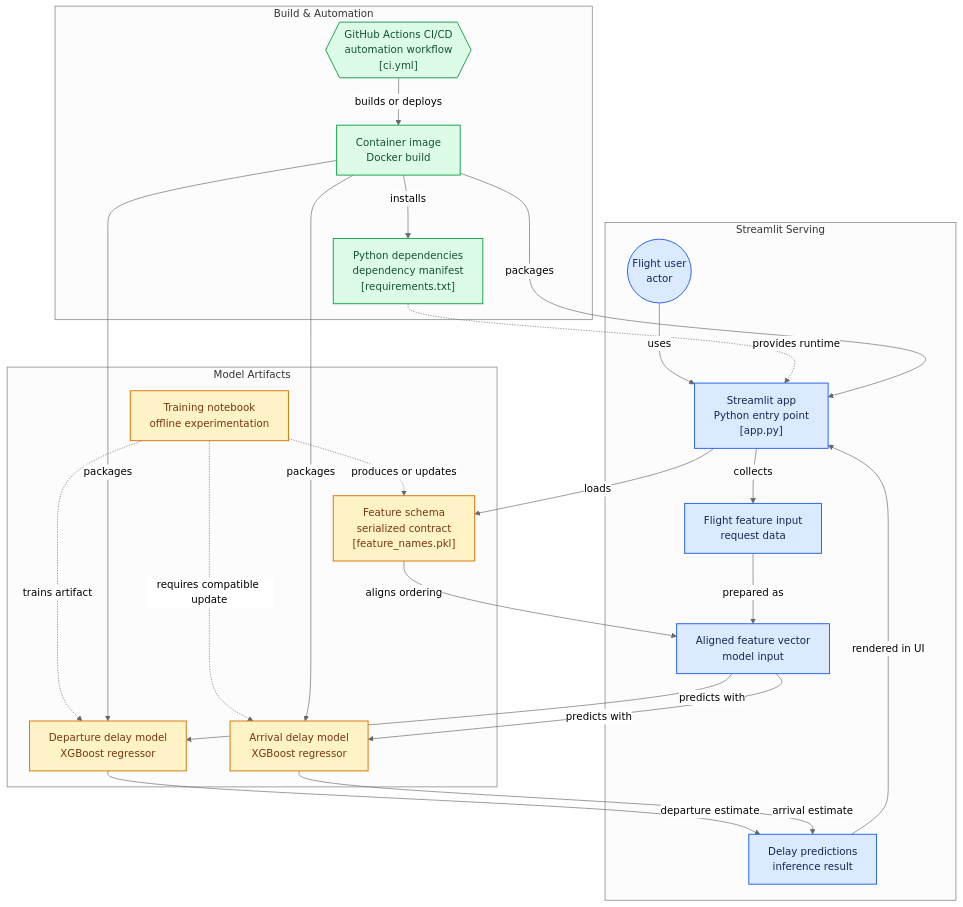
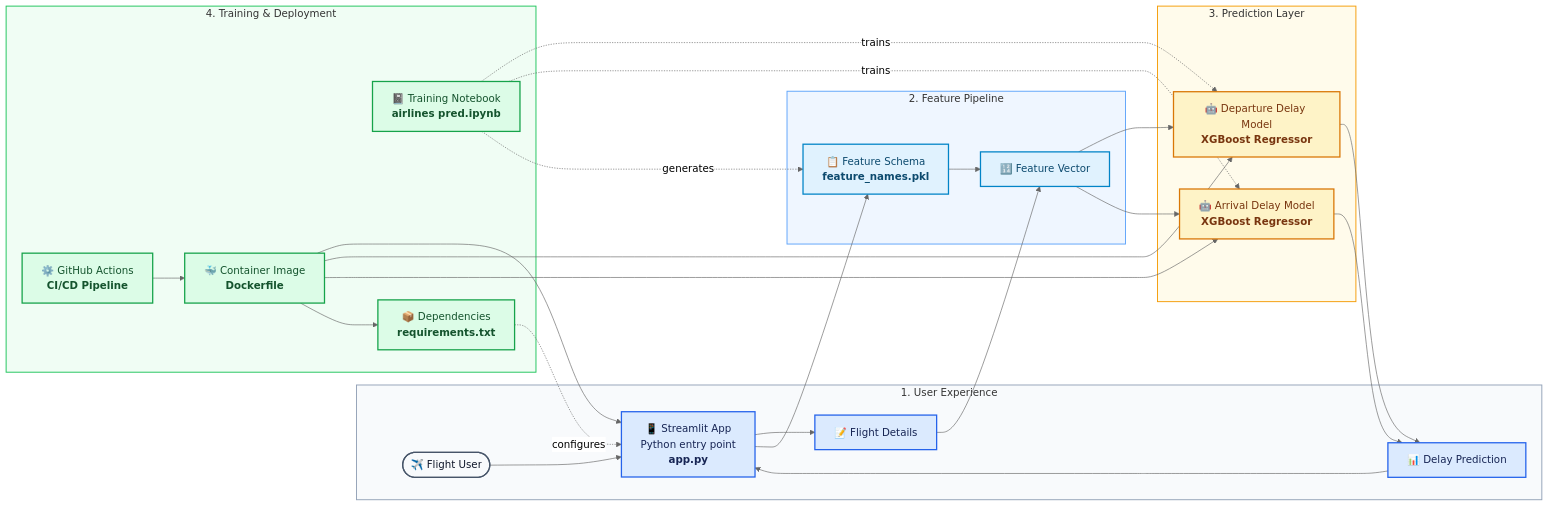
Before and after one commit to cnadupuri/Flight-Delay-Prediction: the diagram in project structure.md, drawn with Mermaid (neutral theme). The commit also changed other lines of this file, not shown here.

Commit message:
Create a polished second version of the repository architecture diagram

````diff
--- a/project structure.md
+++ b/project structure.md
@@ -3,64 +3,72 @@
 ```mermaid
-flowchart TD
+flowchart LR
 
-subgraph group_serving["Streamlit Serving"]
-  node_user(("Flight user<br/>actor"))
-  node_app["Streamlit app<br/>Python entry point<br/>[app.py]"]
-  node_input["Flight feature input<br/>request data"]
-  node_feature_vector["Aligned feature vector<br/>model input"]
-  node_predictions["Delay predictions<br/>inference result"]
-end
+    %% Layer 1: User interaction
+    subgraph UX["1. User Experience"]
+        U(["✈️ Flight User"])
+        A["📱 Streamlit App<br/>Python entry point<br/><b>app.py</b>"]
+        I["📝 Flight Details"]
+        P["📊 Delay Prediction"]
+    end
 
-subgraph group_artifacts["Model Artifacts"]
-  node_feature_schema["Feature schema<br/>serialized contract<br/>[feature_names.pkl]"]
-  node_departure_model["Departure delay model<br/>XGBoost regressor"]
-  node_arrival_model["Arrival delay model<br/>XGBoost regressor"]
-  node_notebook["Training notebook<br/>offline experimentation"]
-end
+    %% Layer 2: Feature preparation
+    subgraph FEAT["2. Feature Pipeline"]
+        F["🔢 Feature Vector"]
+        S["📋 Feature Schema<br/><b>feature_names.pkl</b>"]
+    end
 
-subgraph group_delivery["Build &amp; Automation"]
-  node_requirements["Python dependencies<br/>dependency manifest<br/>[requirements.txt]"]
-  node_dockerfile["Container image<br/>Docker build"]
-  node_ci{{"GitHub Actions CI/CD<br/>automation workflow<br/>[ci.yml]"}}
-end
+    %% Layer 3: Model inference
+    subgraph ML["3. Prediction Layer"]
+        D["🤖 Departure Delay Model<br/><b>XGBoost Regressor</b>"]
+        R["🤖 Arrival Delay Model<br/><b>XGBoost Regressor</b>"]
+    end
 
-node_user -->|"uses"| node_app
-node_app -->|"collects"| node_input
-node_input -->|"prepared as"| node_feature_vector
-node_feature_schema -->|"aligns ordering"| node_feature_vector
-node_app -->|"loads"| node_feature_schema
-node_feature_vector -->|"predicts with"| node_departure_model
-node_feature_vector -->|"predicts with"| node_arrival_model
-node_departure_model -->|"departure estimate"| node_predictions
-node_arrival_model -->|"arrival estimate"| node_predictions
-node_predictions -->|"rendered in UI"| node_app
-node_notebook -.->|"produces or updates"| node_feature_schema
-node_notebook -.->|"trains artifact"| node_departure_model
-node_notebook -.->|"requires compatible update"| node_arrival_model
-node_requirements -.->|"provides runtime"| node_app
-node_dockerfile -->|"packages"| node_app
-node_dockerfile -->|"packages"| node_departure_model
-node_dockerfile -->|"packages"| node_arrival_model
-node_dockerfile -->|"installs"| node_requirements
-node_ci -->|"builds or deploys"| node_dockerfile
+    %% Layer 4: Training and delivery
+    subgraph OPS["4. Training & Deployment"]
+        N["📓 Training Notebook<br/><b>airlines pred.ipynb</b>"]
+        REQ["📦 Dependencies<br/><b>requirements.txt</b>"]
+        DOCKER["🐳 Container Image<br/><b>Dockerfile</b>"]
+        CI["⚙️ GitHub Actions<br/><b>CI/CD Pipeline</b>"]
+    end
 
-click node_app "https://github.com/cnadupuri/flight-delay-prediction/blob/main/app.py"
-click node_feature_schema "https://github.com/cnadupuri/flight-delay-prediction/blob/main/feature_names.pkl"
-click node_departure_model "https://github.com/cnadupuri/flight-delay-prediction/blob/main/flight_departure_delay_model.pkl"
-click node_arrival_model "https://github.com/cnadupuri/flight-delay-prediction/blob/main/flight_arrival_delay_model.pkl"
-click node_notebook "https://github.com/cnadupuri/flight-delay-prediction/blob/main/airlines%20pred.ipynb"
-click node_requirements "https://github.com/cnadupuri/flight-delay-prediction/blob/main/requirements.txt"
-click node_dockerfile "https://github.com/cnadupuri/flight-delay-prediction/blob/main/Dockerfile"
-click node_ci "https://github.com/cnadupuri/flight-delay-prediction/blob/main/.github/workflows/ci.yml"
+    %% Core workflow
+    U --> A
+    A --> I
+    I --> F
+    S --> F
+    A --> S
+    F --> D
+    F --> R
+    D --> P
+    R --> P
+    P --> A
 
-classDef toneNeutral fill:#f8fafc,stroke:#334155,stroke-width:1.5px,color:#0f172a
-classDef toneBlue fill:#dbeafe,stroke:#2563eb,stroke-width:1.5px,color:#172554
-classDef toneAmber fill:#fef3c7,stroke:#d97706,stroke-width:1.5px,color:#78350f
-classDef toneMint fill:#dcfce7,stroke:#16a34a,stroke-width:1.5px,color:#14532d
-classDef toneRose fill:#ffe4e6,stroke:#e11d48,stroke-width:1.5px,color:#881337
-classDef toneIndigo fill:#e0e7ff,stroke:#4f46e5,stroke-width:1.5px,color:#312e81
-classDef toneTeal fill:#ccfbf1,stroke:#0f766e,stroke-width:1.5px,color:#134e4a
-class node_user,node_app,node_input,node_feature_vector,node_predictions toneBlue
-class node_feature_schema,node_departure_model,node_arrival_model,node_notebook toneAmber
-class node_requirements,node_dockerfile,node_ci toneMint
+    %% Training and artifact lifecycle
+    N -. trains .-> D
+    N -. trains .-> R
+    N -. generates .-> S
+    REQ -. configures .-> A
+    DOCKER --> A
+    DOCKER --> D
+    DOCKER --> R
+    DOCKER --> REQ
+    CI --> DOCKER
+
+    %% Styling
+    classDef user fill:#F8FAFC,stroke:#475569,stroke-width:2px,color:#0F172A;
+    classDef ui fill:#DBEAFE,stroke:#2563EB,stroke-width:2px,color:#172554;
+    classDef feature fill:#E0F2FE,stroke:#0284C7,stroke-width:2px,color:#0C4A6E;
+    classDef model fill:#FEF3C7,stroke:#D97706,stroke-width:2px,color:#78350F;
+    classDef ops fill:#DCFCE7,stroke:#16A34A,stroke-width:2px,color:#14532D;
+
+    class U user;
+    class A,I,P ui;
+    class F,S feature;
+    class D,R model;
+    class N,REQ,DOCKER,CI ops;
+
+    style UX fill:#F8FAFC,stroke:#94A3B8,stroke-width:1.5px;
+    style FEAT fill:#EFF6FF,stroke:#60A5FA,stroke-width:1.5px;
+    style ML fill:#FFFBEB,stroke:#F59E0B,stroke-width:1.5px;
+    style OPS fill:#F0FDF4,stroke:#22C55E,stroke-width:1.5px;
 ```
````
